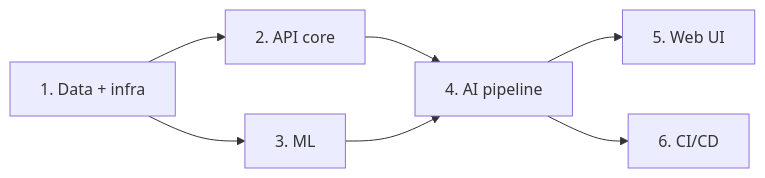
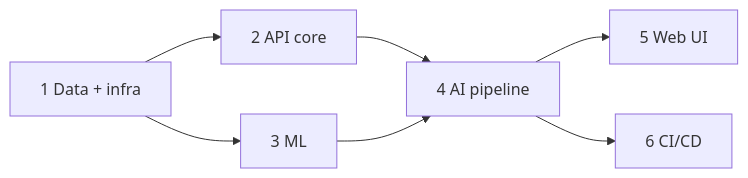
One commit to aryanc381/saathi-from-scratch changed the fourth of 7 diagrams in README.md. Above: the diagram before and after it, drawn with Mermaid. The commit also changed other lines of this file, not shown here.

````diff
--- a/README.md
+++ b/README.md
@@ -57,9 +86,9 @@
 ```mermaid
 flowchart LR
-    P1["1. Data + infra"] --> P2["2. API core"]
-    P1 --> P3["3. ML"]
-    P2 --> P4["4. AI pipeline"]
+    P1["1 Data + infra"] --> P2["2 API core"]
+    P1 --> P3["3 ML"]
+    P2 --> P4["4 AI pipeline"]
     P3 --> P4
-    P4 --> P5["5. Web UI"]
-    P4 --> P6["6. CI/CD"]
+    P4 --> P5["5 Web UI"]
+    P4 --> P6["6 CI/CD"]
 ```
````
